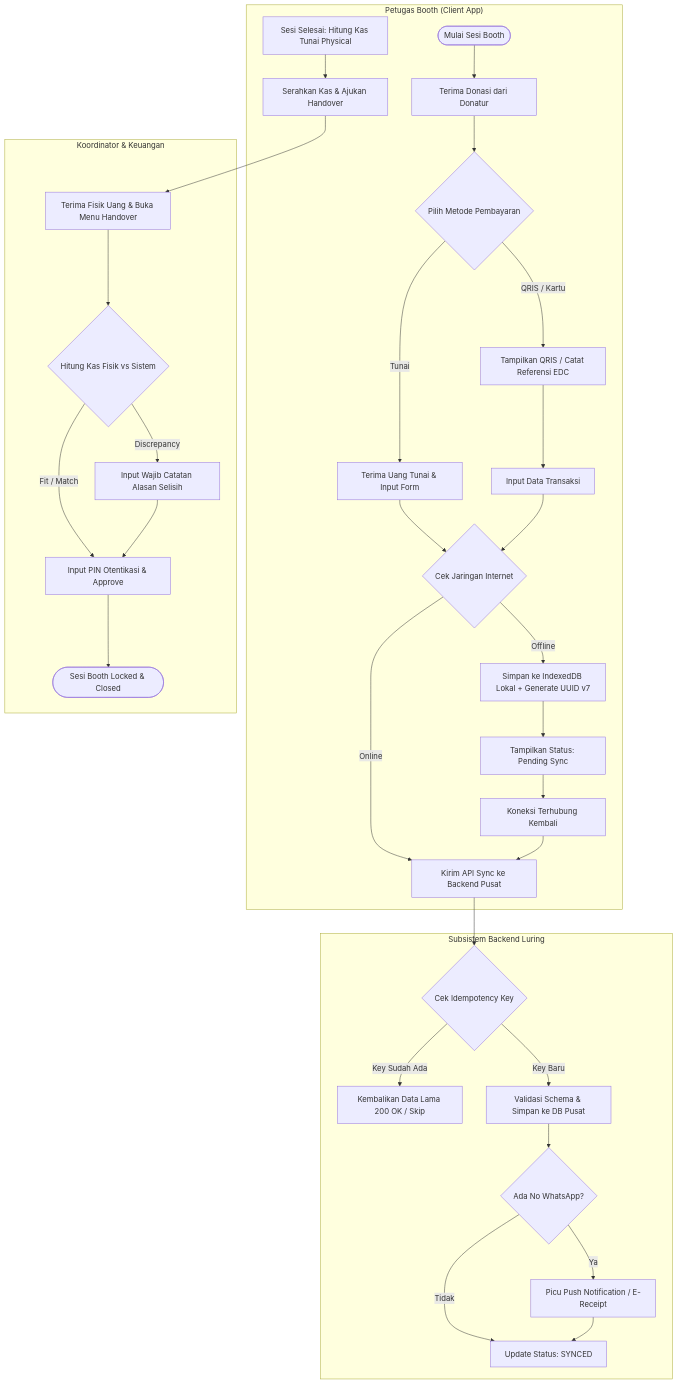
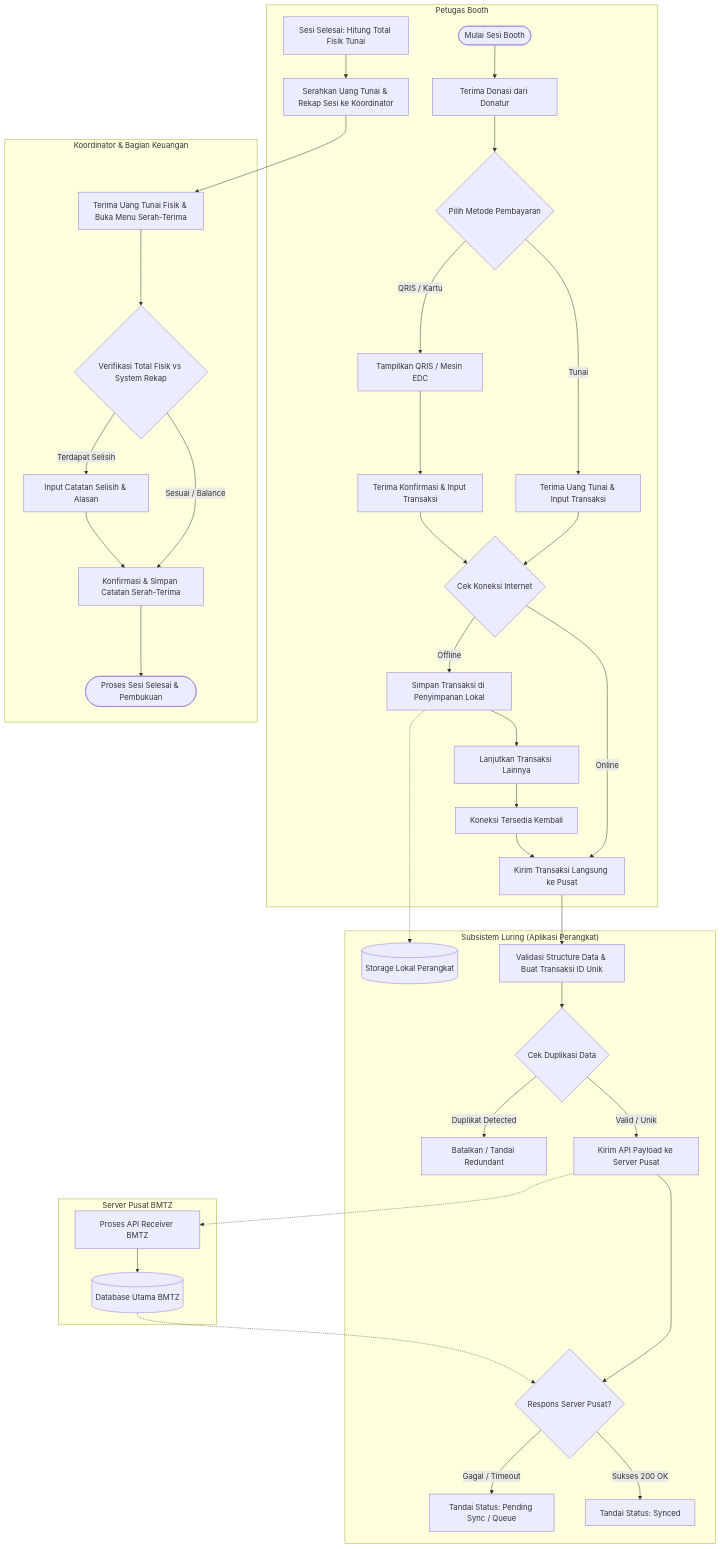
One commit to zheela-sudo/bmtz-penerimaan-donasi-luring changed the diagram in srs_subsistem_penerimaan_donasi_luring_bmtz.md. Above: the diagram before and after it, drawn with Mermaid. The commit also changed other lines of this file, not shown here.

````diff
--- a/srs_subsistem_penerimaan_donasi_luring_bmtz.md
+++ b/srs_subsistem_penerimaan_donasi_luring_bmtz.md
@@ -118,42 +212,52 @@
 ```mermaid
 graph TB
-    subgraph Petugas_Booth[" Petugas Booth (Client App) "]
+    %% Swimlane 1: Petugas Booth
+    subgraph Petugas_Booth[" Petugas Booth "]
         A1([Mulai Sesi Booth]) --> A2[Terima Donasi dari Donatur]
         A2 --> A3{Pilih Metode Pembayaran}
         
-        A3 -- Tunai --> A4[Terima Uang Tunai & Input Form]
-        A3 -- QRIS / Kartu --> A5[Tampilkan QRIS / Catat Referensi EDC]
-        A5 --> A6[Input Data Transaksi]
+        A3 -- Tunai --> A4[Terima Uang Tunai & Input Transaksi]
+        A3 -- QRIS / Kartu --> A5[Tampilkan QRIS / Mesin EDC]
+        A5 --> A6[Terima Konfirmasi & Input Transaksi]
         
-        A4 --> A7{Cek Jaringan Internet}
+        A4 --> A7{Cek Koneksi Internet}
         A6 --> A7
         
-        A7 -- Offline --> A8[Simpan ke IndexedDB Lokal + Generate UUID v7]
-        A7 -- Online --> A9[Kirim API Sync ke Backend Pusat]
+        A7 -- Offline --> A8[Simpan Transaksi di Penyimpanan Lokal]
+        A7 -- Online --> A9[Kirim Transaksi Langsung ke Pusat]
         
-        A8 --> A10[Tampilkan Status: Pending Sync]
-        A10 --> A11[Koneksi Terhubung Kembali]
+        A8 --> A10[Lanjutkan Transaksi Lainnya]
+        A10 --> A11[Koneksi Tersedia Kembali]
         A11 --> A9
         
-        A12[Sesi Selesai: Hitung Kas Tunai Physical] --> A13[Serahkan Kas & Ajukan Handover]
+        A12[Sesi Selesai: Hitung Total Fisik Tunai] --> A13[Serahkan Uang Tunai & Rekap Sesi ke Koordinator]
     end
 
-    subgraph Subsistem_Luring[" Subsistem Backend Luring "]
-        A9 --> B1{Cek Idempotency Key}
-        B1 -- Key Sudah Ada --> B2[Kembalikan Data Lama 200 OK / Skip]
-        B1 -- Key Baru --> B3[Validasi Schema & Simpan ke DB Pusat]
-        B3 --> B4{Ada No WhatsApp?}
-        B4 -- Ya --> B5[Picu Push Notification / E-Receipt]
-        B4 -- Tidak --> B6[Update Status: SYNCED]
-        B5 --> B6
+    %% Swimlane 2: Subsistem Luring
+    subgraph Subsistem_Luring[" Subsistem Luring (Aplikasi Perangkat) "]
+        A8 -.-> B1[(Storage Lokal Perangkat)]
+        A9 --> B2[Validasi Structure Data & Buat Transaksi ID Unik]
+        B2 --> B3{Cek Duplikasi Data}
+        B3 -- Duplikat Detected --> B4[Batalkan / Tandai Redundant]
+        B3 -- Valid / Unik --> B5[Kirim API Payload ke Server Pusat]
+        B5 --> B6{Respons Server Pusat?}
+        B6 -- Gagal / Timeout --> B7[Tandai Status: Pending Sync / Queue]
+        B6 -- Sukses 200 OK --> B8[Tandai Status: Synced]
     end
 
-    subgraph Koordinator_Keuangan[" Koordinator & Keuangan "]
-        A13 --> C1[Terima Fisik Uang & Buka Menu Handover]
-        C1 --> C2{Hitung Kas Fisik vs Sistem}
-        C2 -- Fit / Match --> C3[Input PIN Otentikasi & Approve]
-        C2 -- Discrepancy --> C4[Input Wajib Catatan Alasan Selisih]
-        C4 --> C3
-        C3 --> C5([Sesi Booth Locked & Closed])
+    subgraph Server_Pusat[" Server Pusat BMTZ "]
+        B5 .-> C1[Proses API Receiver BMTZ]
+        C1 --> C2[(Database Utama BMTZ)]
+        C2 .-> B6
+    end
+
+    %% Swimlane 3: Koordinator & Keuangan
+    subgraph Koordinator_Keuangan[" Koordinator & Bagian Keuangan "]
+        A13 --> D1[Terima Uang Tunai Fisik & Buka Menu Serah-Terima]
+        D1 --> D2{Verifikasi Total Fisik vs System Rekap}
+        D2 -- Sesuai / Balance --> D3[Konfirmasi & Simpan Catatan Serah-Terima]
+        D2 -- Terdapat Selisih --> D4[Input Catatan Selisih & Alasan]
+        D4 --> D3
+        D3 --> D5([Proses Sesi Selesai & Pembukuan])
     end
 ```
````
